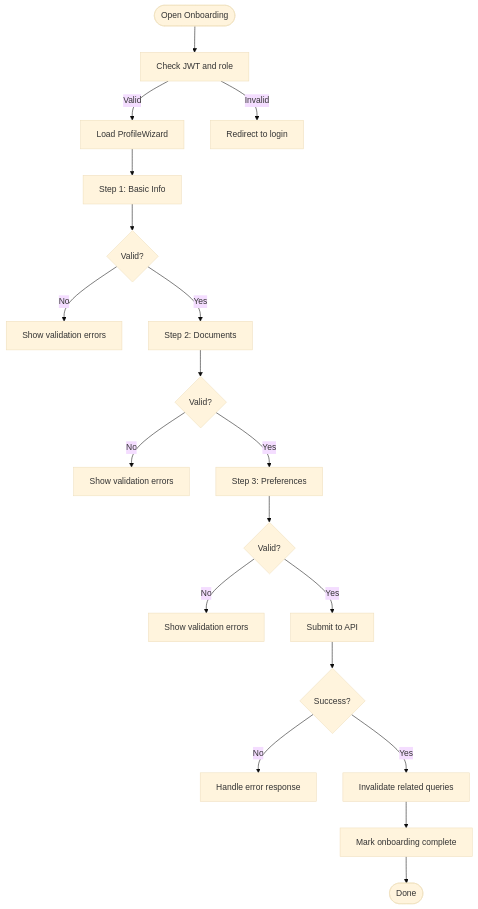
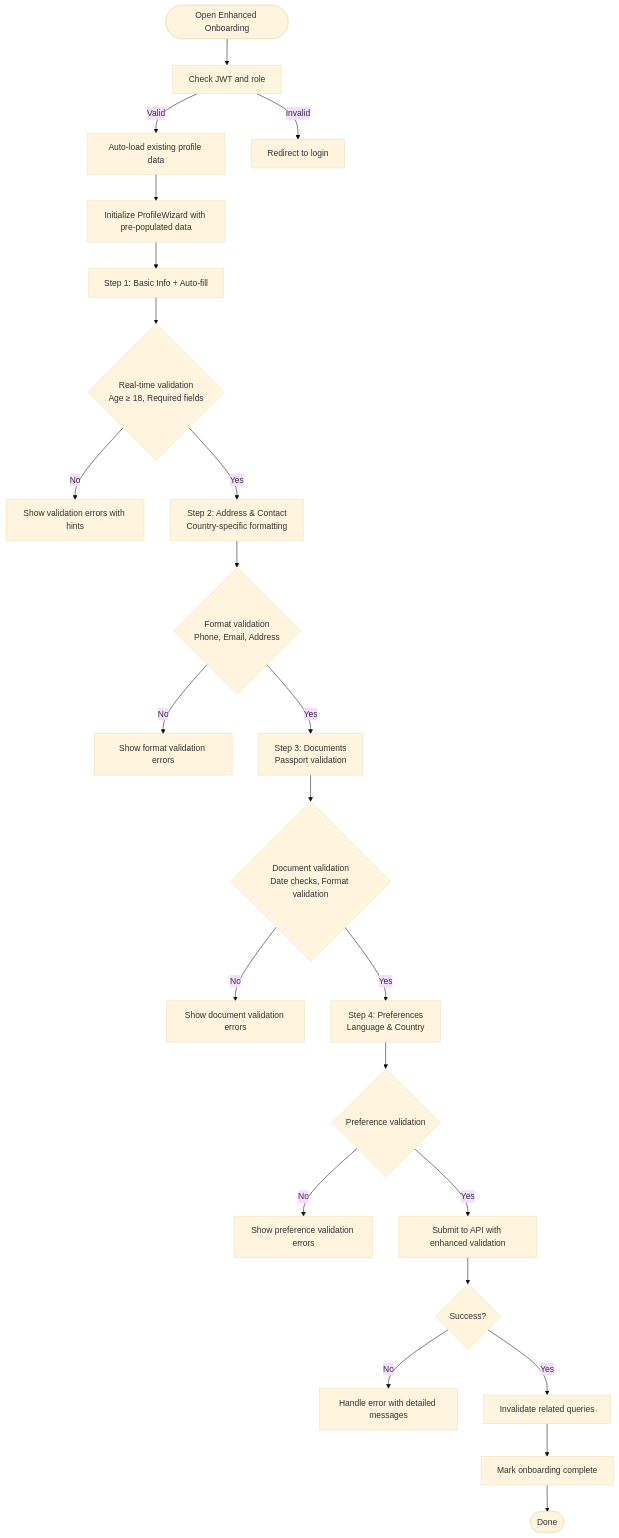
Before and after one commit to RobertRuas/windlog: the third of 6 diagrams in .qoder/repowiki/en/content/Arquitetura Backend/Sistema Obrigatório de Onboarding.md, drawn with Mermaid (base theme). The commit also changed other lines of this file and 17 other files, not shown here.

````diff
--- a/.qoder/repowiki/en/content/Arquitetura Backend/Sistema Obrigatório de Onboarding.md
+++ b/.qoder/repowiki/en/content/Arquitetura Backend/Sistema Obrigatório de Onboarding.md
@@ -188,21 +222,25 @@
 ```mermaid
 flowchart TD
-Start(["Open Onboarding"]) --> CheckAuth["Check JWT and role"]
-CheckAuth --> |Valid| LoadWizard["Load ProfileWizard"]
+Start(["Open Enhanced Onboarding"]) --> CheckAuth["Check JWT and role"]
+CheckAuth --> |Valid| AutoLoad["Auto-load existing profile data"]
 CheckAuth --> |Invalid| Redirect["Redirect to login"]
-LoadWizard --> Step1["Step 1: Basic Info"]
-Step1 --> Validate1{"Valid?"}
-Validate1 --> |No| Error1["Show validation errors"]
-Validate1 --> |Yes| Step2["Step 2: Documents"]
-Step2 --> Validate2{"Valid?"}
-Validate2 --> |No| Error2["Show validation errors"]
-Validate2 --> |Yes| Step3["Step 3: Preferences"]
-Step3 --> Validate3{"Valid?"}
-Validate3 --> |No| Error3["Show validation errors"]
-Validate3 --> |Yes| Submit["Submit to API"]
+AutoLoad --> LoadWizard["Initialize ProfileWizard with pre-populated data"]
+LoadWizard --> Step1["Step 1: Basic Info + Auto-fill"]
+Step1 --> Validate1{"Real-time validation<br/>Age ≥ 18, Required fields"}
+Validate1 --> |No| Error1["Show validation errors with hints"]
+Validate1 --> |Yes| Step2["Step 2: Address & Contact<br/>Country-specific formatting"]
+Step2 --> Validate2{"Format validation<br/>Phone, Email, Address"}
+Validate2 --> |No| Error2["Show format validation errors"]
+Validate2 --> |Yes| Step3["Step 3: Documents<br/>Passport validation"]
+Step3 --> Validate3{"Document validation<br/>Date checks, Format validation"}
+Validate3 --> |No| Error3["Show document validation errors"]
+Validate3 --> |Yes| Step4["Step 4: Preferences<br/>Language & Country"]
+Step4 --> Validate4{"Preference validation"}
+Validate4 --> |No| Error4["Show preference validation errors"]
+Validate4 --> |Yes| Submit["Submit to API with enhanced validation"]
 Submit --> Success{"Success?"}
-Success --> |No| HandleError["Handle error response"]
+Success --> |No| HandleError["Handle error with detailed messages"]
 Success --> |Yes| Invalidate["Invalidate related queries"]
 Invalidate --> Complete["Mark onboarding complete"]
 Complete --> End(["Done"])
 ```
````
